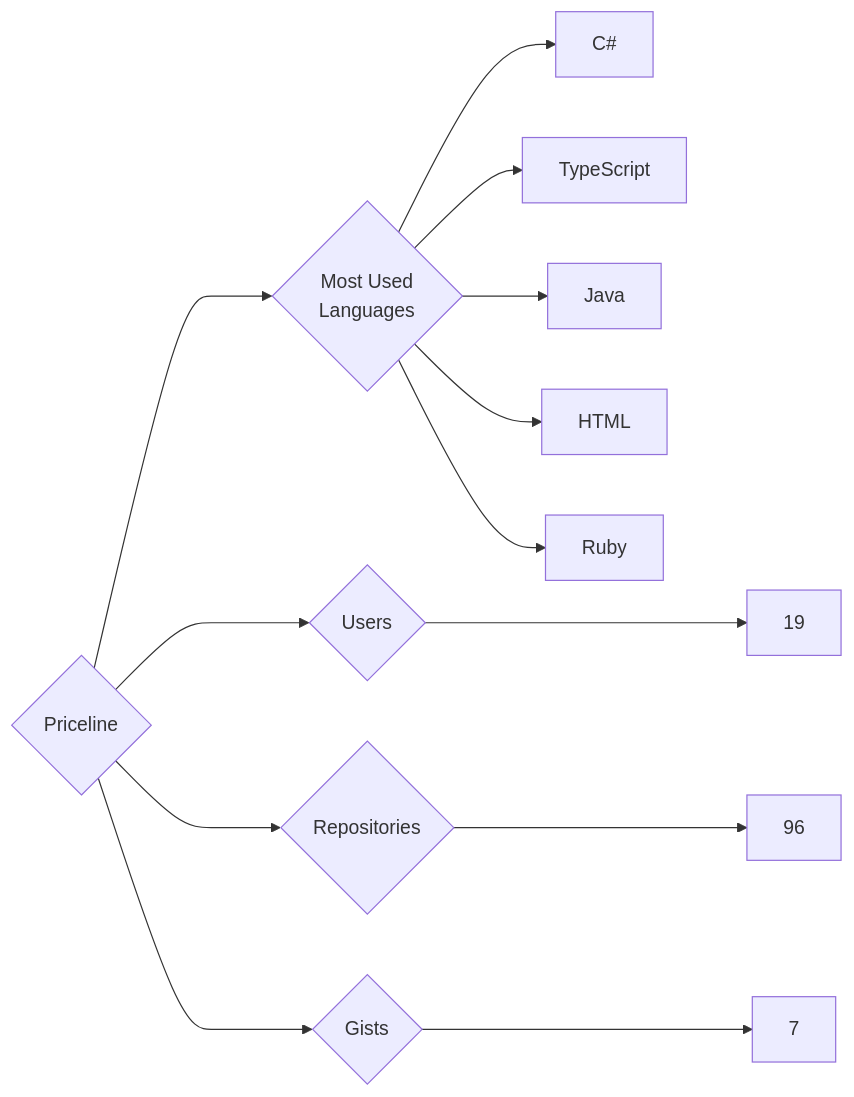
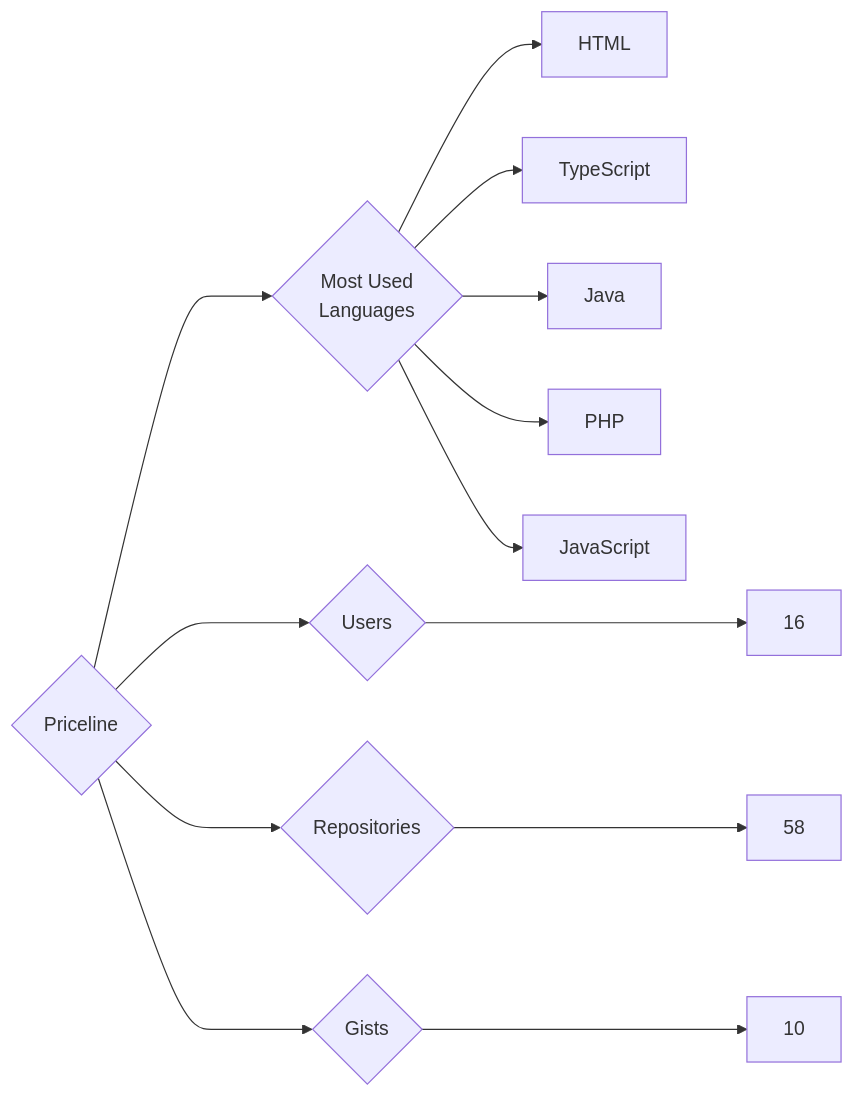
The diagram in targets/Priceline/README.md (trickest/insiders), drawn with Mermaid before and after one commit. The commit also changed 969 other files, not shown here.

````diff
--- a/targets/Priceline/README.md
+++ b/targets/Priceline/README.md
@@ -3,13 +3,13 @@
 ```mermaid
 graph LR
 COMPANY_NAME{Priceline}
-COMPANY_NAME ---> U{Users} ---> UN[19]
-COMPANY_NAME ---> R{Repositories} ---> RN[96]
-COMPANY_NAME ---> G{Gists} ---> GN[7]
+COMPANY_NAME ---> U{Users} ---> UN[16]
+COMPANY_NAME ---> R{Repositories} ---> RN[58]
+COMPANY_NAME ---> G{Gists} ---> GN[10]
 COMPANY_NAME ---> ML{Most Used<br>Languages}
-ML --> C#[C#]
+ML --> HTML[HTML]
 ML --> TypeScript[TypeScript]
 ML --> Java[Java]
-ML --> HTML[HTML]
-ML --> Ruby[Ruby]
+ML --> PHP[PHP]
+ML --> JavaScript[JavaScript]
 ```
````
